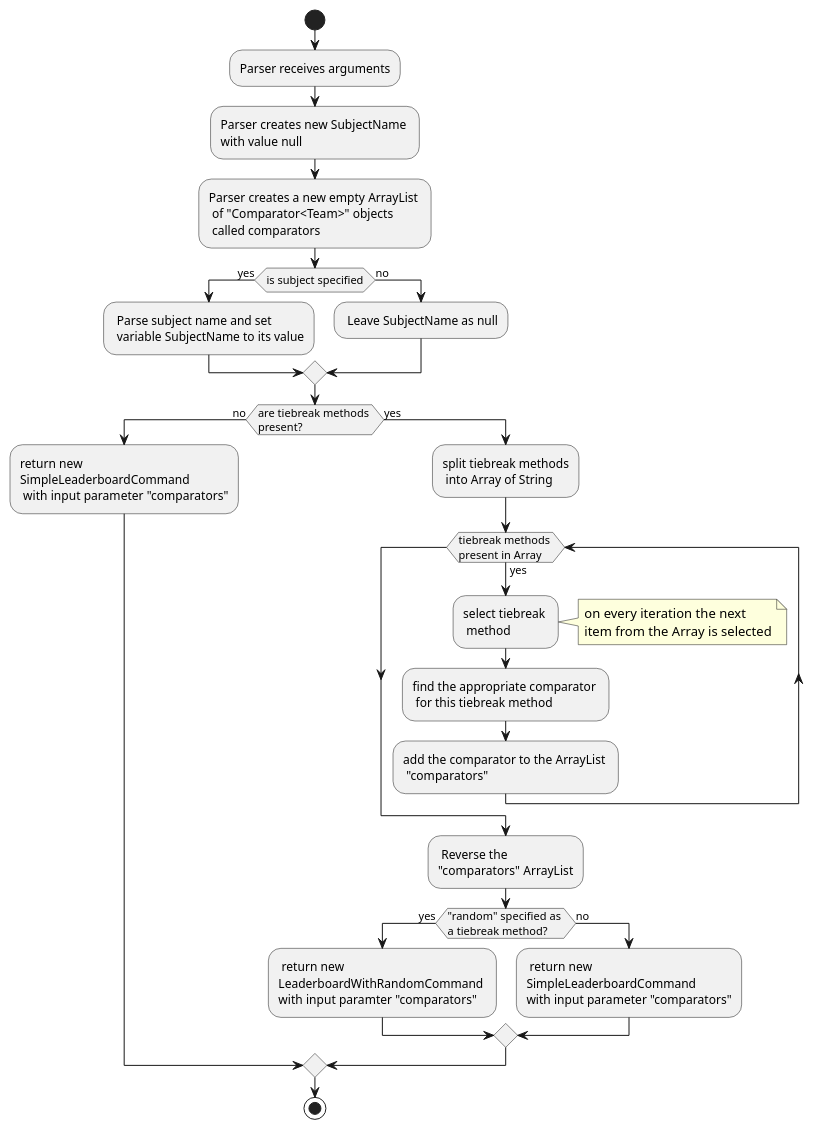
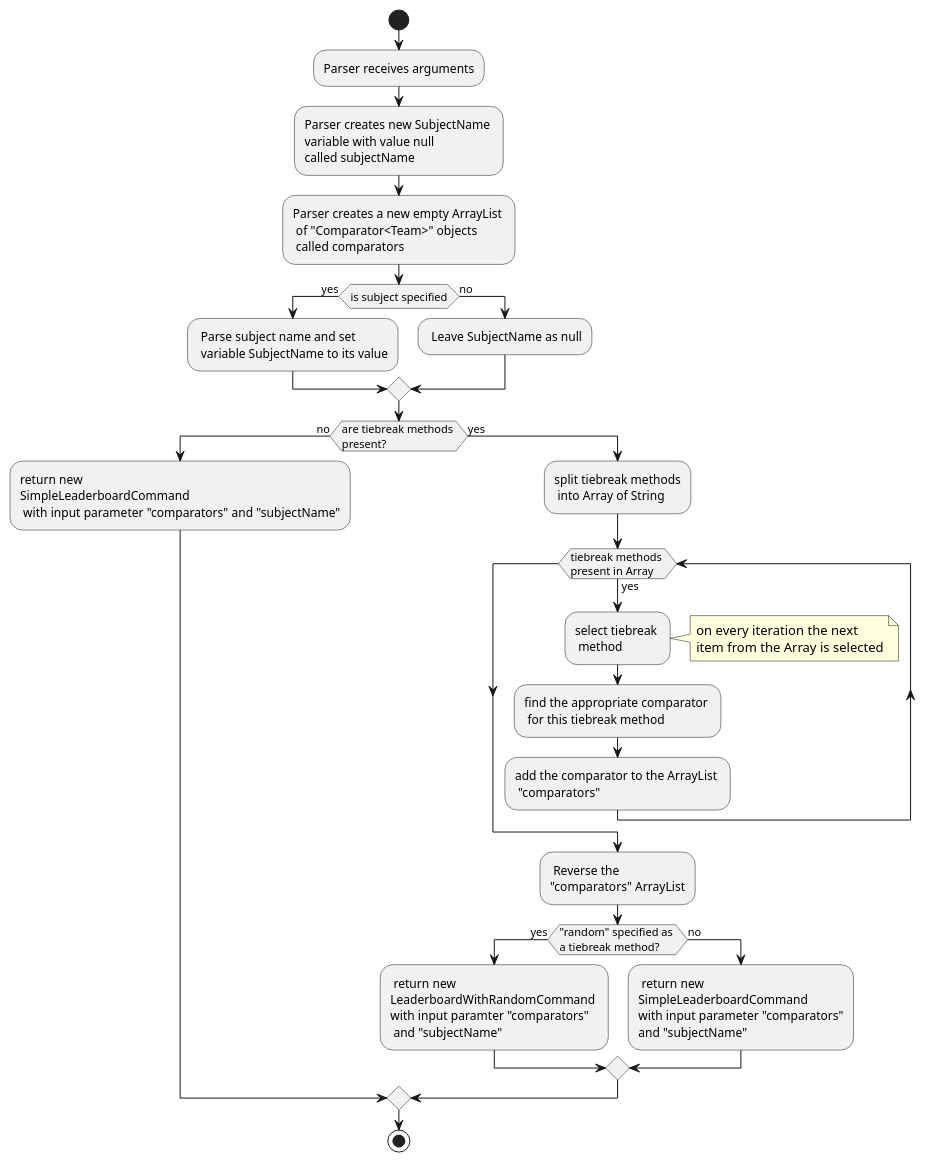
Before and after one commit to nus-cs2103-AY1920S1/addressbook-level3: the diagram in docs/diagrams/TieBreakActivityDiagram.puml, drawn with PlantUML. The commit also changed 22 other files, not shown here.

```diff
--- a/docs/diagrams/TieBreakActivityDiagram.puml
+++ b/docs/diagrams/TieBreakActivityDiagram.puml
@@ -1,38 +1,38 @@
 @startuml
 
 start
 :Parser receives arguments;
-:Parser creates new SubjectName \nwith value null;
+:Parser creates new SubjectName \nvariable with value null \ncalled subjectName;
 :Parser creates a new empty ArrayList \n of "Comparator<Team>" objects \n called comparators;
 
 if (is subject specified) then (yes)
 : Parse subject name and set \n variable SubjectName to its value;
 else (no)
 : Leave SubjectName as null;
 endif
 
 if (are tiebreak methods \npresent?) then (no)
-:return new \nSimpleLeaderboardCommand \n with input parameter "comparators";
+:return new \nSimpleLeaderboardCommand \n with input parameter "comparators" and "subjectName";
 
 else (yes)
 :split tiebreak methods\n into Array of String;
 while (tiebreak methods \npresent in Array) is (yes)
 :select tiebreak \n method;
 note right
 on every iteration the next
 item from the Array is selected
 end note
 :find the appropriate comparator \n for this tiebreak method;
 :add the comparator to the ArrayList \n "comparators";
 endwhile
 : Reverse the \n"comparators" ArrayList;
 if ("random" specified as \na tiebreak method?) then (yes)
-: return new \nLeaderboardWithRandomCommand \nwith input paramter "comparators";
+: return new \nLeaderboardWithRandomCommand \nwith input paramter "comparators"\n and "subjectName";
 else (no)
-: return new \nSimpleLeaderboardCommand \nwith input parameter "comparators";
+: return new \nSimpleLeaderboardCommand \nwith input parameter "comparators"\nand "subjectName";
 endif
 endif
 
 stop
 
 @enduml
```
